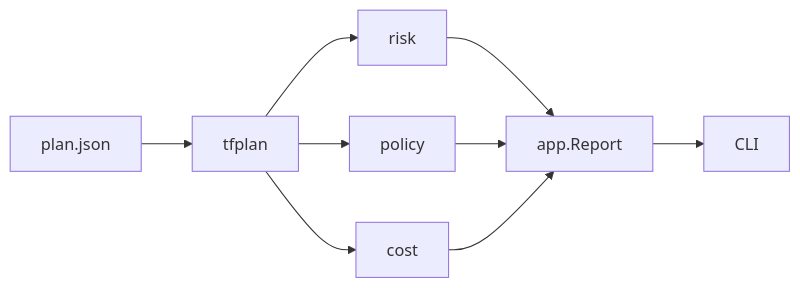
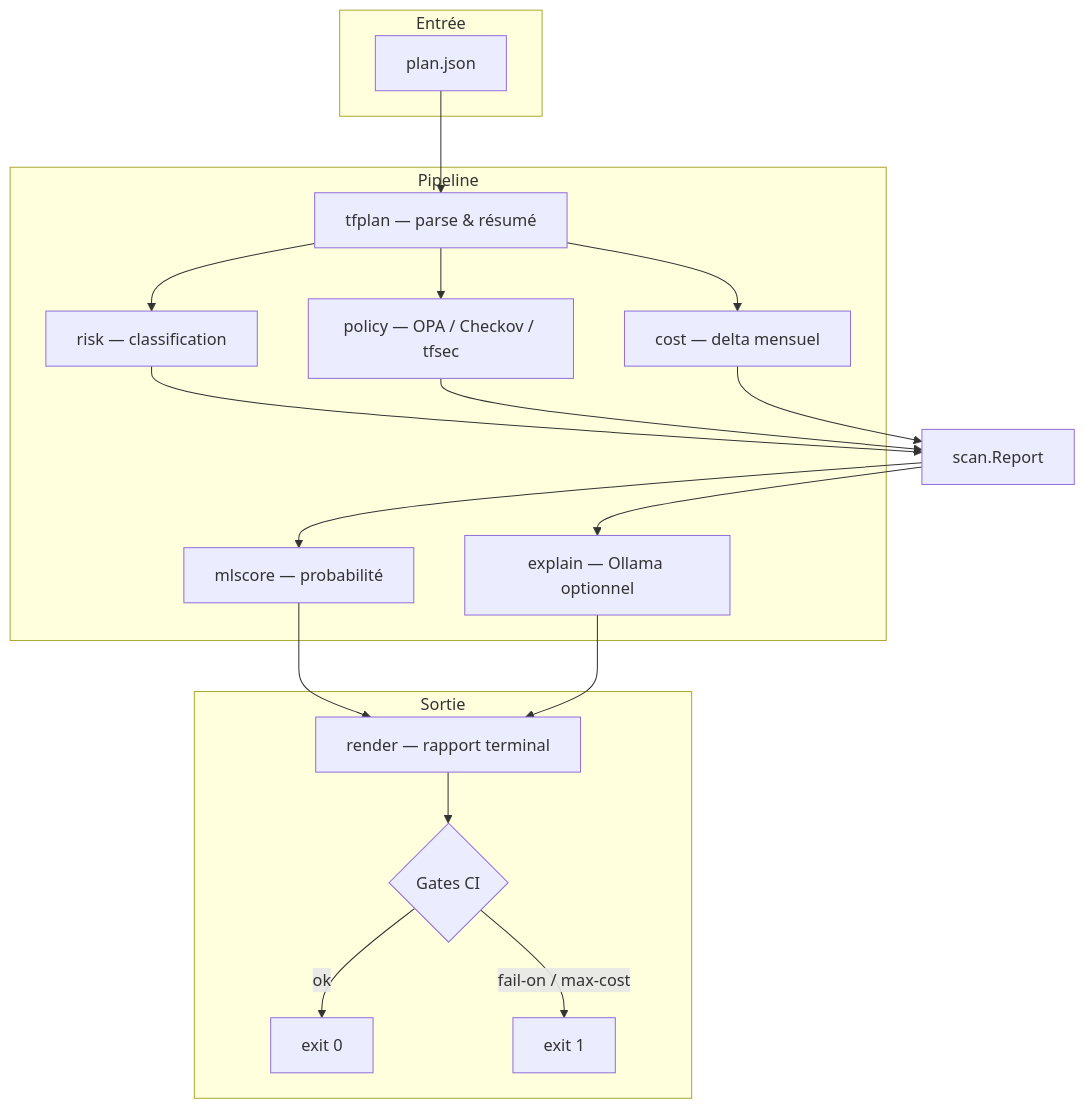
Before and after one commit to SamyBaouche/tfguard: the diagram in README.fr.md, drawn with Mermaid. The commit also changed other lines of this file and 2 other files, not shown here.

````diff
--- a/README.fr.md
+++ b/README.fr.md
@@ -11,11 +105,37 @@
 ```mermaid
-flowchart LR
-  A[plan.json] --> B[tfplan]
-  B --> C[risk]
-  B --> D[policy]
-  B --> H[cost]
-  C --> E[app.Report]
-  D --> E
-  H --> E
-  E --> F[CLI]
+flowchart TB
+  subgraph Entrée
+    A[plan.json]
+  end
+
+  subgraph Pipeline
+    B[tfplan — parse & résumé]
+    C[risk — classification]
+    D[policy — OPA / Checkov / tfsec]
+    E[cost — delta mensuel]
+    F[mlscore — probabilité]
+    G[explain — Ollama optionnel]
+  end
+
+  subgraph Sortie
+    H[render — rapport terminal]
+    I{Gates CI}
+    J[exit 0]
+    K[exit 1]
+  end
+
+  A --> B
+  B --> C
+  B --> D
+  B --> E
+  C --> scan[scan.Report]
+  D --> scan
+  E --> scan
+  scan --> F
+  scan --> G
+  F --> H
+  G --> H
+  H --> I
+  I -->|ok| J
+  I -->|fail-on / max-cost| K
 ```
````
